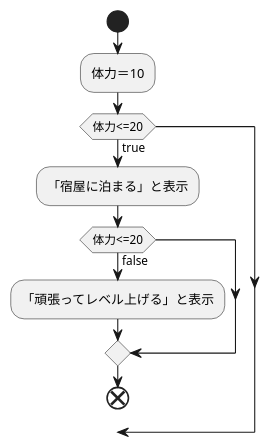
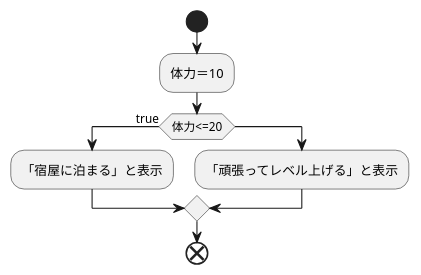
Before and after one commit to Aso2001161/2021sys-design: the diagram in kadai.md, drawn with PlantUML.

````diff
--- a/kadai.md
+++ b/kadai.md
@@ -1,14 +1,14 @@
 ```uml
 @startuml
 start
 :体力＝10;
 
 if(体力<=20) then(true)
 :「宿屋に泊まる」と表示;
-if(体力<=20) then(false)
+else
 :「頑張ってレベル上げる」と表示;
 endif
 
 end
 @enduml
 ```
````
